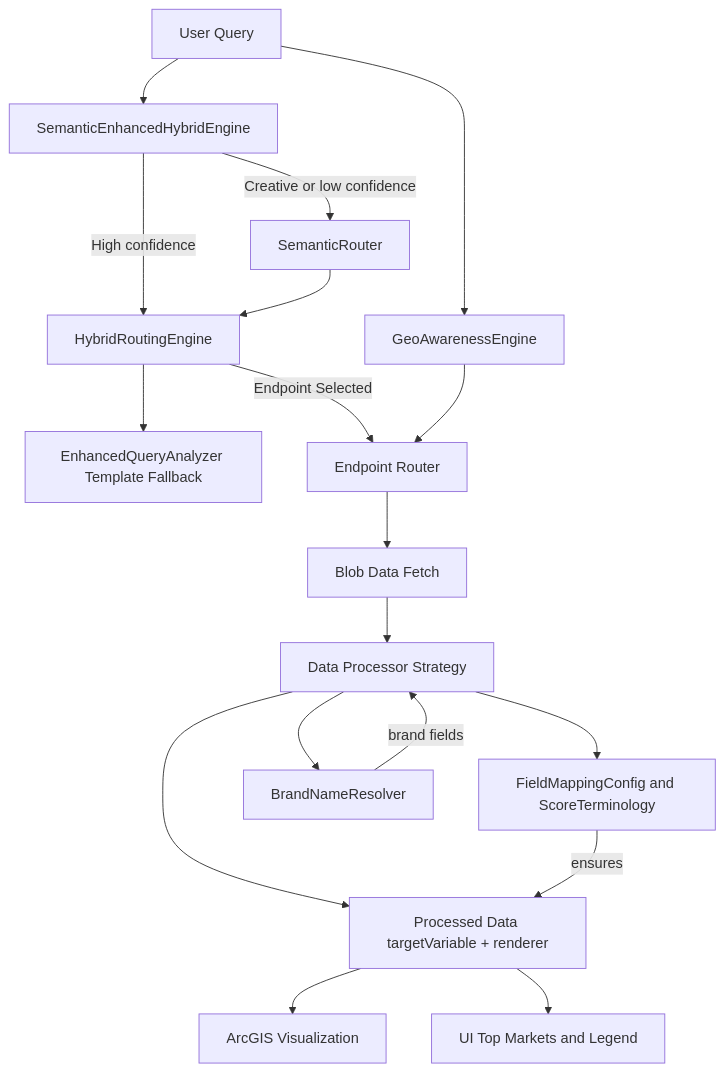
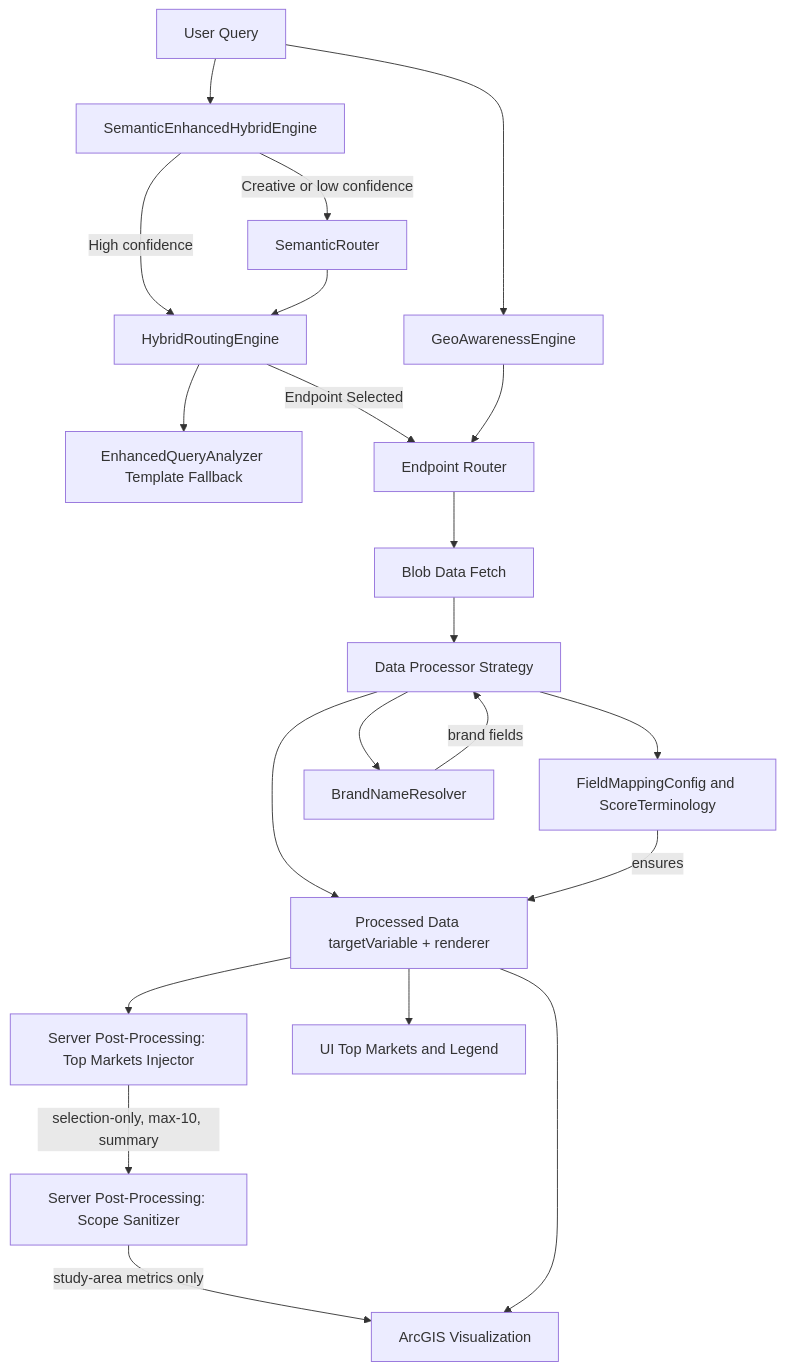
Before and after one commit to eastgrand/doc: the diagram in docs/QUERY_TO_VISUALIZATION_FLOW.md, drawn with Mermaid. The commit also changed other lines of this file and 35 other files, not shown here.

````diff
--- a/docs/QUERY_TO_VISUALIZATION_FLOW.md
+++ b/docs/QUERY_TO_VISUALIZATION_FLOW.md
@@ -1112,20 +1136,23 @@
 ```mermaid
 flowchart TD
   A[User Query] --> B[SemanticEnhancedHybridEngine]
   B -->|High confidence| C[HybridRoutingEngine]
   B -->|Creative or low confidence| D[SemanticRouter]
   D --> C
   C --> E[EnhancedQueryAnalyzer Template Fallback]
   C -->|Endpoint Selected| F[Endpoint Router]
   A --> G[GeoAwarenessEngine]
   G --> F
   F --> H[Blob Data Fetch]
   H --> I[Data Processor Strategy]
   I --> J[Processed Data targetVariable + renderer]
+  J --> J2[Server Post-Processing: Top Markets Injector]
+  J2 -- selection-only, max-10, summary --> J3[Server Post-Processing: Scope Sanitizer]
+  J3 -- study-area metrics only --> K
   J --> K[ArcGIS Visualization]
   I --> L[FieldMappingConfig and ScoreTerminology]
   L -- ensures --> J
   I --> M[BrandNameResolver]
   M -- brand fields --> I
   J --> N[UI Top Markets and Legend]
 ```
````
